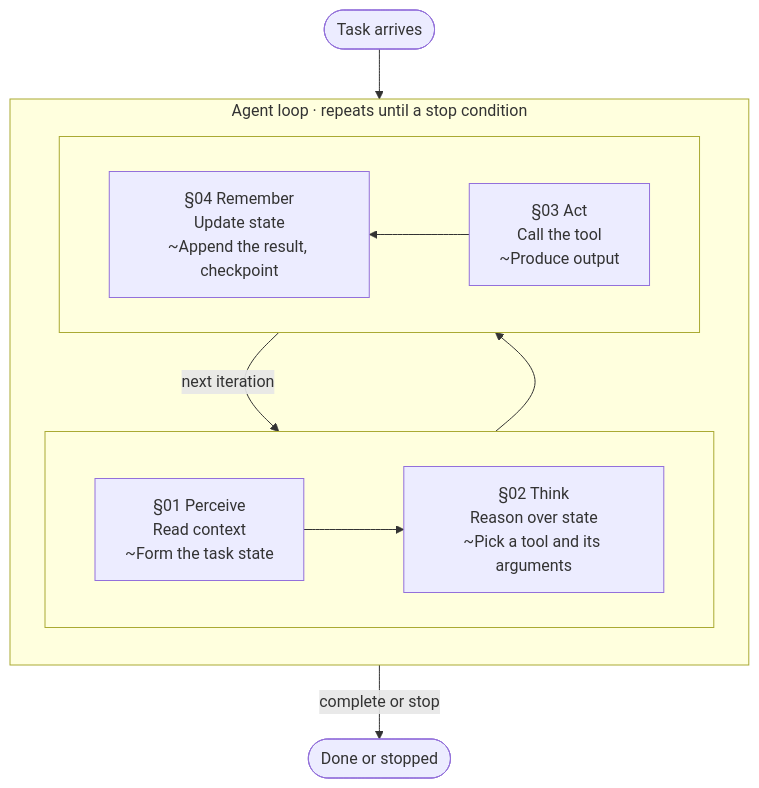
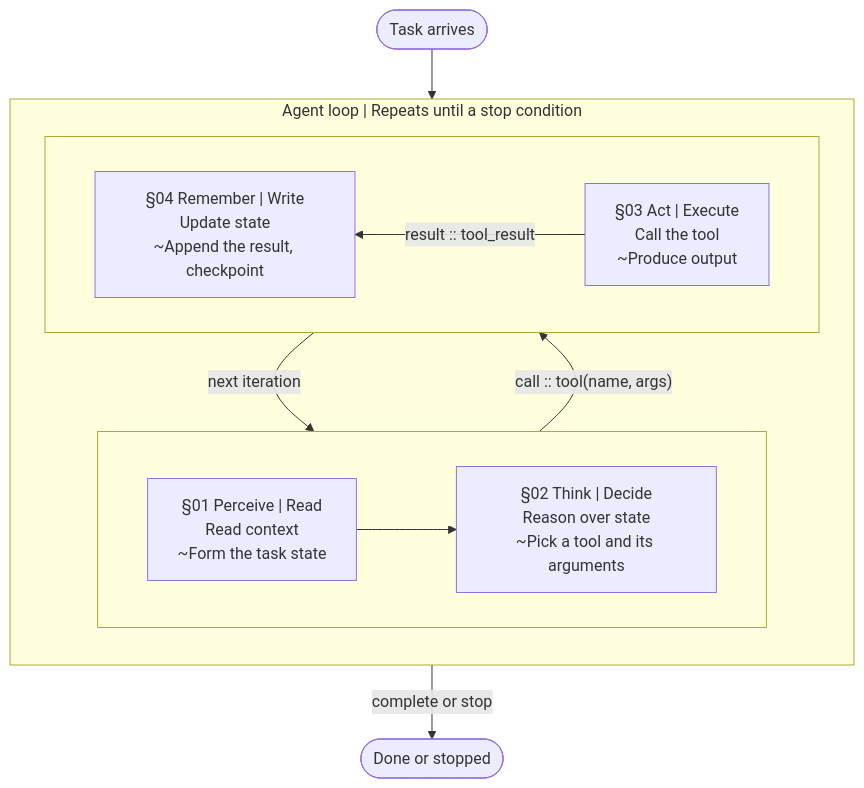
The diagram in content/diagrams/agent-loop-anatomy/agent-loop.mmd (ninadpathak/ninadpathak), drawn with Mermaid before and after one commit. The commit also changed 56 other files, not shown here.

```diff
--- a/content/diagrams/agent-loop-anatomy/agent-loop.mmd
+++ b/content/diagrams/agent-loop-anatomy/agent-loop.mmd
@@ -1,39 +1,40 @@
 %% @fig 01
 %% @kicker The four-phase agent loop
-%% @alt The agent loop runs perceive, think, act, and remember in sequence and returns to perceive until the task is complete or a stop condition ends the run. Infinite loops start in act; context exhaustion and lost tool results start in remember.
-%% @caption Each phase has its own failure modes, so debug the loop one phase at a time.
+%% @alt The agent loop runs perceive, think, act, and remember in sequence and returns to perceive until the task is complete or a stop condition ends the run. Think passes a tool call to act, and act passes the tool result to remember. Infinite loops start in act; context exhaustion and lost tool results start in remember.
+%% @caption Each phase has its own failure modes, so debug the loop one phase at a time. Payloads are illustrative.
 %% @path perceive>think>act>remember>perceive
-%% @note act | Infinite loops start here. Set an explicit iteration budget and test it.
-%% @note remember | Context exhaustion and lost tool results start here, not in perceive.
+%% @timeline perceive>think>act>remember | loop | Next iteration until a stop condition
+%% @detail act | Act · failure mode | Symptom: same tool, new args, again; Cause: task still looks incomplete; Fix: explicit, tested iteration budget
+%% @detail remember | Remember · failure modes | Exhaustion: untrimmed tool outputs; Lost result: never appended; Fix: log every tool call + result
 %% @legend accent=Phase; outcome=Entry and exit; hot=One iteration
 flowchart TB
   task(["Task arrives"]):::outcome
-  subgraph loop [Agent loop · repeats until a stop condition]
+  subgraph loop ["Agent loop | Repeats until a stop condition"]
     direction TB
     subgraph upper [ ]
       direction LR
-      perceive["§01 Perceive
+      perceive["§01 Perceive | Read
 Read context
 ~Form the task state"]:::accent
-      think["§02 Think
+      think["§02 Think | Decide
 Reason over state
 ~Pick a tool and its arguments"]:::accent
     end
     subgraph lower [ ]
       direction RL
-      act["§03 Act
+      act["§03 Act | Execute
 Call the tool
 ~Produce output"]:::accent
-      remember["§04 Remember
+      remember["§04 Remember | Write
 Update state
 ~Append the result, checkpoint"]:::accent
     end
   end
   done(["Done or stopped"]):::outcome
   task --> perceive
   perceive --> think
-  think --> act
-  act --> remember
+  think -->|"call :: tool(name, args)"| act
+  act -->|result :: tool_result| remember
   remember -->|next iteration| perceive
   remember -->|complete or stop| done
   class upper,lower ghost
```
